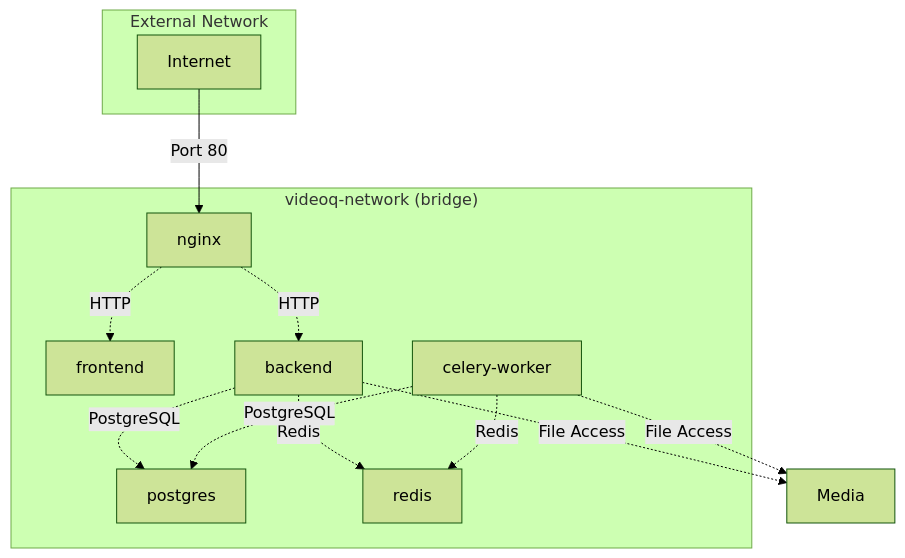
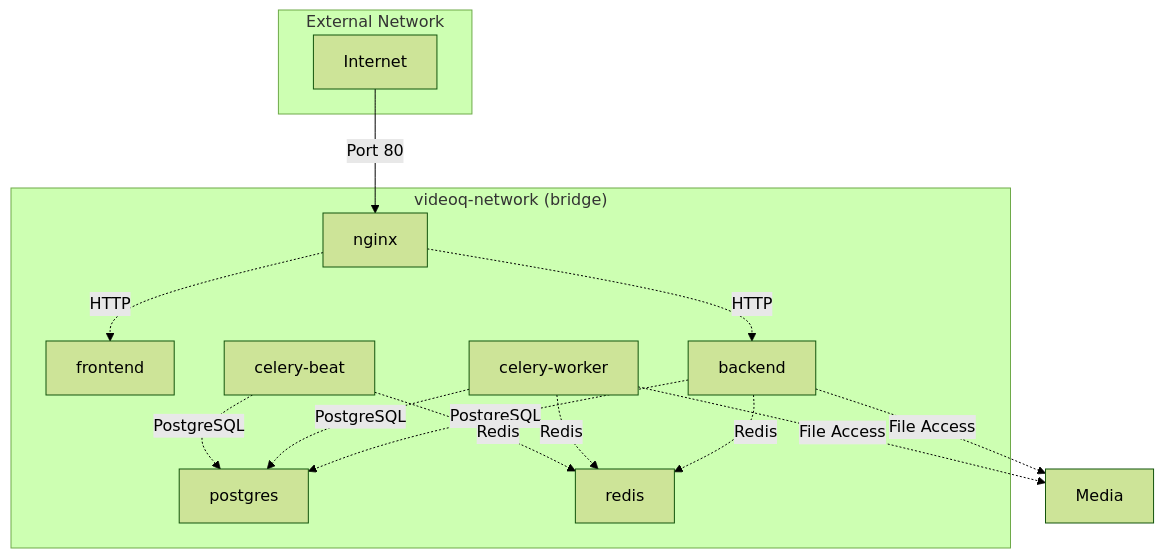
One commit to yukiharada1228/videoq changed the third of 7 diagrams in docs/design/deployment-diagram.md. Above: the diagram before and after it, drawn with Mermaid (forest theme). The commit also changed other lines of this file, not shown here.

First line of the commit message:
docs: deployment-diagramにcelery-beatサービスを追加

````diff
--- a/docs/design/deployment-diagram.md
+++ b/docs/design/deployment-diagram.md
@@ -103,26 +111,29 @@
 ```mermaid
 graph TB
     subgraph Network["videoq-network (bridge)"]
         N1[nginx]
         N2[frontend]
         N3[backend]
         N4[celery-worker]
-        N5[postgres]
-        N6[redis]
+        N5[celery-beat]
+        N6[postgres]
+        N7[redis]
     end
     
     N1 -.->|HTTP| N2
     N1 -.->|HTTP| N3
-    N3 -.->|PostgreSQL| N5
-    N3 -.->|Redis| N6
-    N4 -.->|Redis| N6
-    N4 -.->|PostgreSQL| N5
+    N3 -.->|PostgreSQL| N6
+    N3 -.->|Redis| N7
+    N4 -.->|Redis| N7
+    N4 -.->|PostgreSQL| N6
+    N5 -.->|Redis| N7
+    N5 -.->|PostgreSQL| N6
     N3 -.->|File Access| Media
     N4 -.->|File Access| Media
     
     subgraph ExternalNetwork["External Network"]
         Internet[Internet]
     end
     
     Internet -->|Port 80| N1
 ```
````
